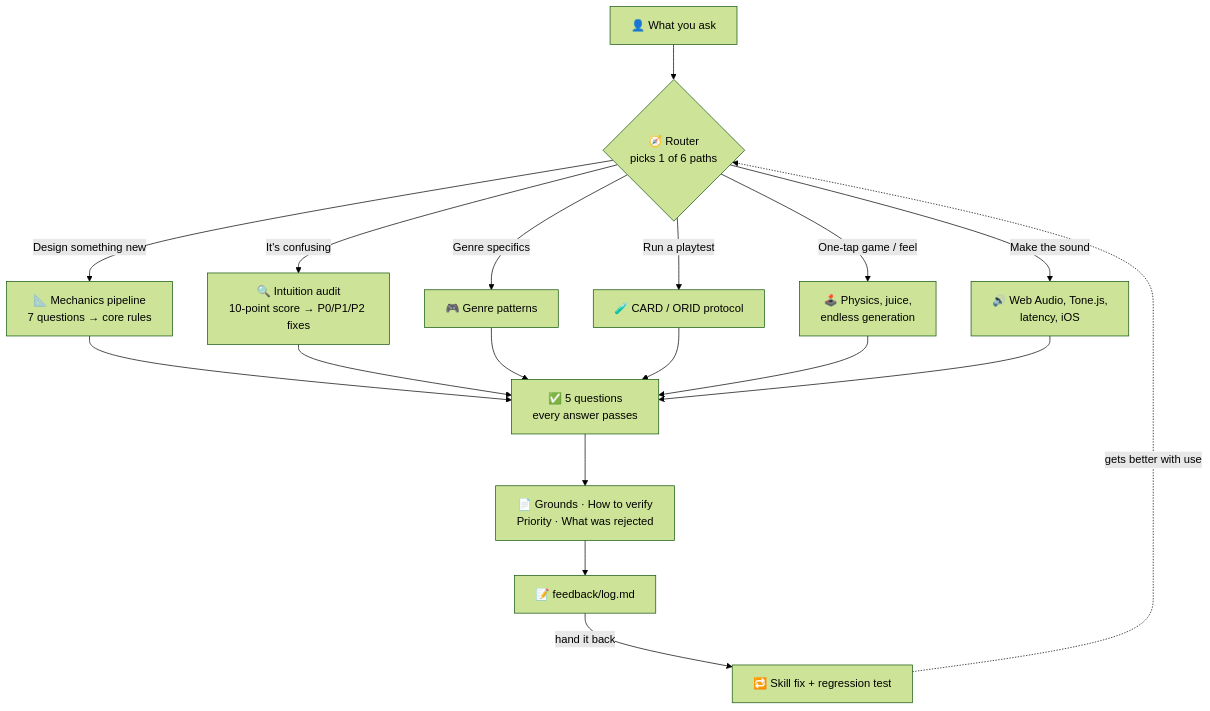
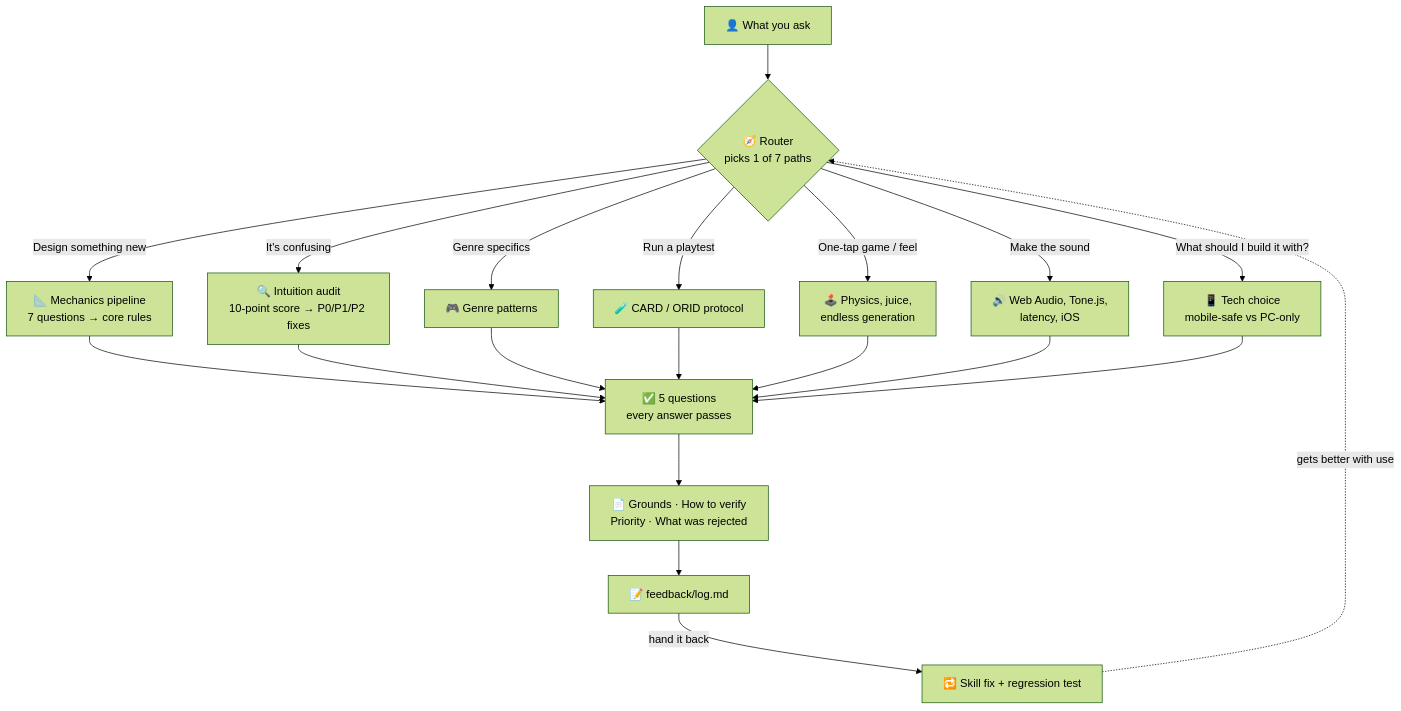
The diagram in README.md (takaoumehara/intuitive-game-design-skill), drawn with Mermaid (forest theme) before and after one commit. The commit also changed other lines of this file and 7 other files, not shown here.

````diff
--- a/README.md
+++ b/README.md
@@ -24,17 +24,18 @@
 ```mermaid
 flowchart TD
-    U["👤 What you ask"] --> R{"🧭 Router<br/>picks 1 of 6 paths"}
+    U["👤 What you ask"] --> R{"🧭 Router<br/>picks 1 of 7 paths"}
 
     R -->|"Design something new"| A["📐 Mechanics pipeline<br/>7 questions → core rules"]
     R -->|"It's confusing"| B["🔍 Intuition audit<br/>10-point score → P0/P1/P2 fixes"]
     R -->|"Genre specifics"| C["🎮 Genre patterns"]
     R -->|"Run a playtest"| D["🧪 CARD / ORID protocol"]
     R -->|"One-tap game / feel"| E["🕹️ Physics, juice,<br/>endless generation"]
     R -->|"Make the sound"| F["🔊 Web Audio, Tone.js,<br/>latency, iOS"]
+    R -->|"What should I build it with?"| G["📱 Tech choice<br/>mobile-safe vs PC-only"]
 
-    A & B & C & D & E & F --> Q["✅ 5 questions<br/>every answer passes"]
+    A & B & C & D & E & F & G --> Q["✅ 5 questions<br/>every answer passes"]
     Q --> O["📄 Grounds · How to verify<br/>Priority · What was rejected"]
     O --> L["📝 feedback/log.md"]
     L -->|"hand it back"| FIX["🔁 Skill fix + regression test"]
     FIX -.->|"gets better with use"| R
 ```
````
